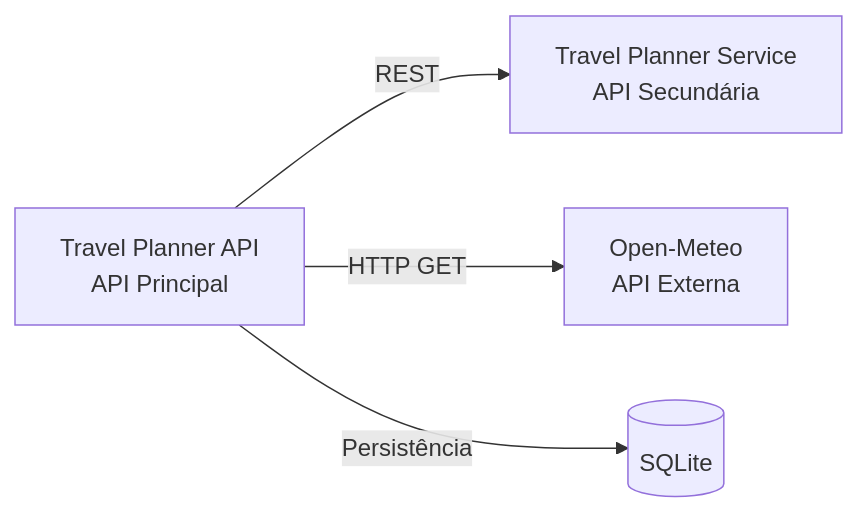
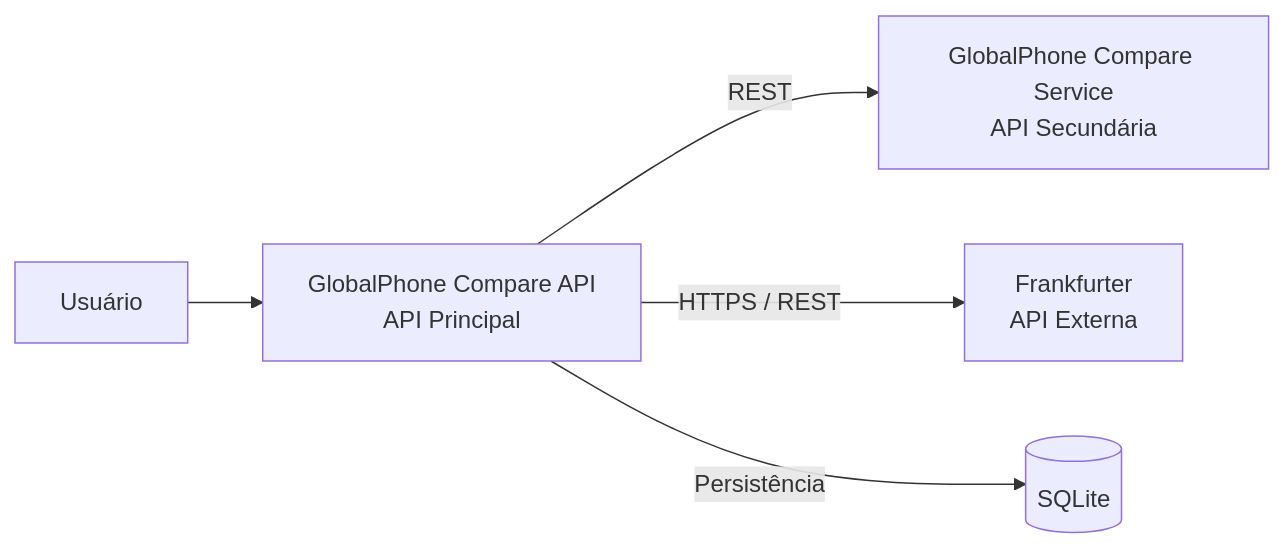
One commit to biancasipas/globalphone-compare-api changed the diagram in README.md. Above: the diagram before and after it, drawn with Mermaid. The commit also changed other lines of this file, not shown here.

````diff
--- a/README.md
+++ b/README.md
@@ -354,11 +426,13 @@
 ```mermaid
 flowchart LR
-    A["Travel Planner API<br/>API Principal"]
-    B["Travel Planner Service<br/>API Secundária"]
-    C["Open-Meteo<br/>API Externa"]
+    U["Usuário"]
+    A["GlobalPhone Compare API<br/>API Principal"]
+    B["GlobalPhone Compare Service<br/>API Secundária"]
+    C["Frankfurter<br/>API Externa"]
     D[("SQLite")]
 
+    U --> A
     A -->|"REST"| B
-    A -->|"HTTP GET"| C
+    A -->|"HTTPS / REST"| C
     A -->|"Persistência"| D
 ```
````
